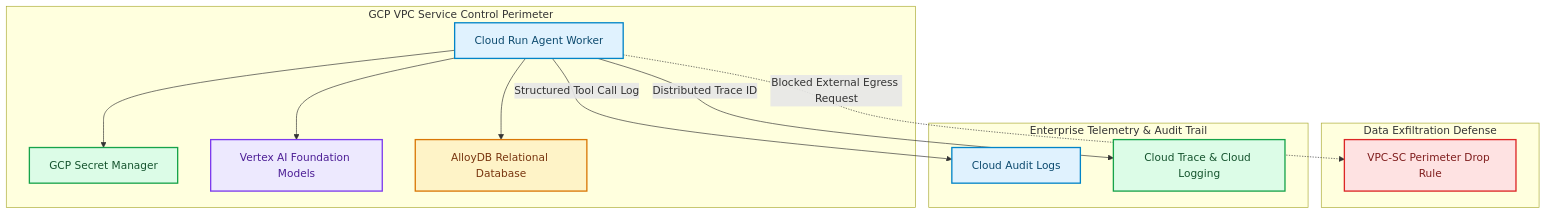
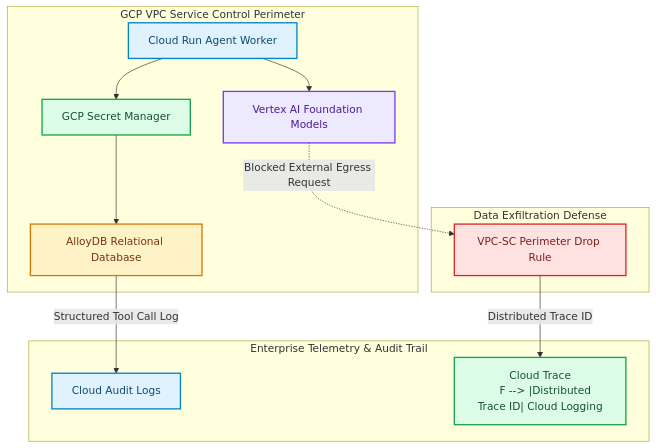
One commit to akmalkhaniub/akmalkhaniub.github.io changed the diagram in blog/posts/gcp-zero-trust-agent-security-vpc-service-controls-audit-logs.md. Above: the diagram before and after it, drawn with Mermaid. The commit also changed other lines of this file and 894 other files, not shown here.

Commit message:
feat(blog): upgrade all 444 posts with unique staggered dates, 2-col Mermaid spines, benchmark tables, code blocks, and trade-offs

````diff
--- a/blog/posts/gcp-zero-trust-agent-security-vpc-service-controls-audit-logs.md
+++ b/blog/posts/gcp-zero-trust-agent-security-vpc-service-controls-audit-logs.md
@@ -17,28 +17,29 @@
 ```mermaid
 flowchart TD
   subgraph SG1_GcpVpcService ["GCP VPC Service Control Perimeter"]
     A["Cloud Run Agent Worker"] --> B["GCP Secret Manager"]
     A --> C["Vertex AI Foundation Models"]
-    A --> D["AlloyDB Relational Database"]
+    B --> D["AlloyDB Relational Database"]
   end
   
   subgraph SG2_DataExfiltrationDefense ["Data Exfiltration Defense"]
-    A -.->|Blocked External Egress Request| E["VPC-SC Perimeter Drop Rule"]
+    C -.-> |Blocked External Egress Request| E["VPC-SC Perimeter Drop Rule"]
   end
   
   subgraph SG3_EnterpriseTelemetryAudit ["Enterprise Telemetry & Audit Trail"]
-    A -->|Structured Tool Call Log| F["Cloud Audit Logs"]
-    A -->|Distributed Trace ID| G["Cloud Trace & Cloud Logging"]
+    D --> |Structured Tool Call Log| F["Cloud Audit Logs"]
+    E --> |Distributed Trace ID| G["Cloud Trace
+    F --> |Distributed Trace ID| Cloud Logging"]
   end
 
 classDef green fill:#dcfce7,stroke:#16a34a,stroke-width:2px,color:#14532d;
 classDef red fill:#fee2e2,stroke:#dc2626,stroke-width:2px,color:#7f1d1d;
 classDef blue fill:#e0f2fe,stroke:#0284c7,stroke-width:2px,color:#0c4a6e;
 classDef yellow fill:#fef3c7,stroke:#d97706,stroke-width:2px,color:#78350f;
 classDef purple fill:#ede9fe,stroke:#7c3aed,stroke-width:2px,color:#4c1d95;
 class A,F blue
 class B,G green
 class C purple
 class D yellow
 class E red
 ```
````
